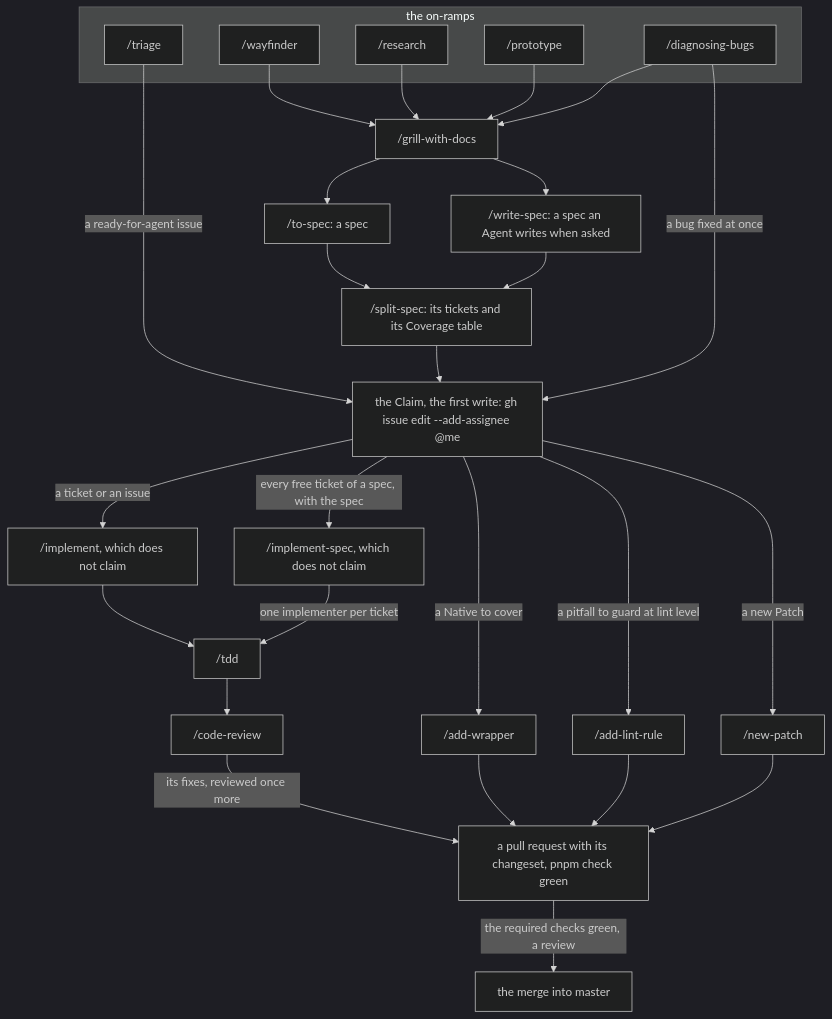
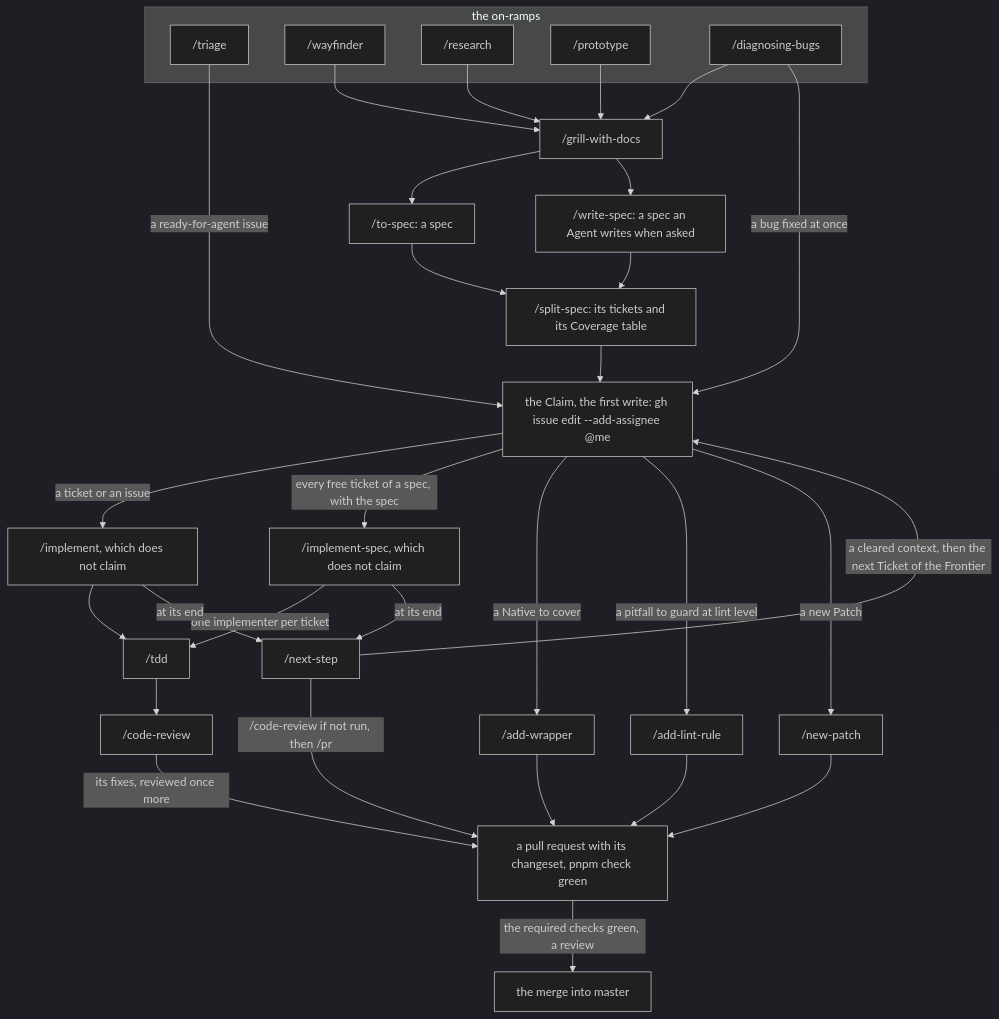
One commit to phmilk/reforged-ts changed the diagram in docs/agents/development-loop.md. Above: the diagram before and after it, drawn with Mermaid (dark theme). The commit also changed other lines of this file and 9 other files, not shown here.

First line of the commit message:
feat(skills): next-step ends every implement with its next steps (#745) (#786)

````diff
--- a/docs/agents/development-loop.md
+++ b/docs/agents/development-loop.md
@@ -76,51 +76,56 @@
 ```mermaid
 flowchart TD
   %% diagram: development-loop
   %% covers: skills
   subgraph on_ramps["the on-ramps"]
     triage["/triage"]
     wayfinder["/wayfinder"]
     research["/research"]
     prototype["/prototype"]
     diagnosing_bugs["/diagnosing-bugs"]
   end
   grill_with_docs["/grill-with-docs"]
   to_spec["/to-spec: a spec"]
   write_spec["/write-spec: a spec an Agent writes when asked"]
   split_spec["/split-spec: its tickets and its Coverage table"]
   claim["the Claim, the first write: gh issue edit --add-assignee @me"]
   implement["/implement, which does not claim"]
   implement_spec["/implement-spec, which does not claim"]
   tdd["/tdd"]
   code_review["/code-review"]
+  next_step["/next-step"]
   add_wrapper["/add-wrapper"]
   add_lint_rule["/add-lint-rule"]
   new_patch["/new-patch"]
   pull_request["a pull request with its changeset, pnpm check green"]
   merge["the merge into master"]
 
   wayfinder --> grill_with_docs
   research --> grill_with_docs
   prototype --> grill_with_docs
   diagnosing_bugs --> grill_with_docs
   triage -->|"a ready-for-agent issue"| claim
   diagnosing_bugs -->|"a bug fixed at once"| claim
   grill_with_docs --> to_spec
   grill_with_docs --> write_spec
   to_spec --> split_spec
   write_spec --> split_spec
   split_spec --> claim
   claim -->|"a ticket or an issue"| implement
   claim -->|"every free ticket of a spec, with the spec"| implement_spec
   claim -->|"a Native to cover"| add_wrapper
   claim -->|"a pitfall to guard at lint level"| add_lint_rule
   claim -->|"a new Patch"| new_patch
   implement --> tdd
   implement_spec -->|"one implementer per ticket"| tdd
   tdd --> code_review
   code_review -->|"its fixes, reviewed once more"| pull_request
   add_wrapper --> pull_request
   add_lint_rule --> pull_request
   new_patch --> pull_request
   pull_request -->|"the required checks green, a review"| merge
+  implement -->|"at its end"| next_step
+  implement_spec -->|"at its end"| next_step
+  next_step -->|"/code-review if not run, then /pr"| pull_request
+  next_step -->|"a cleared context, then the next Ticket of the Frontier"| claim
 ```
````
